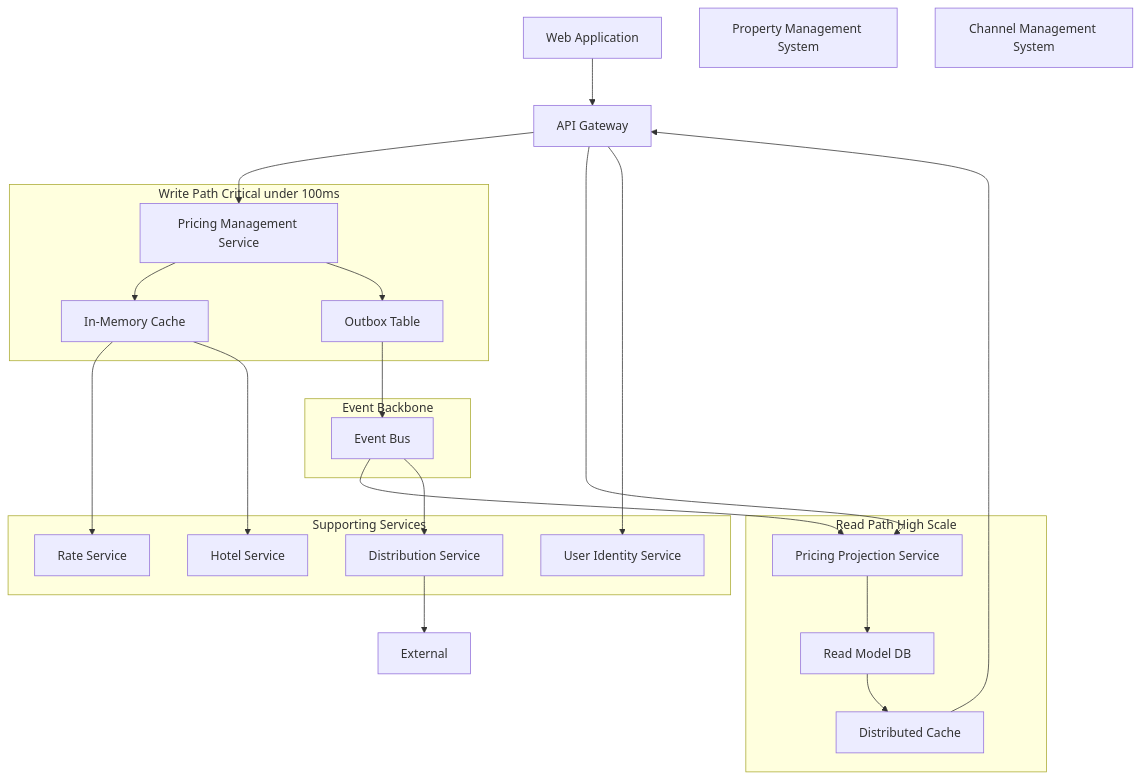
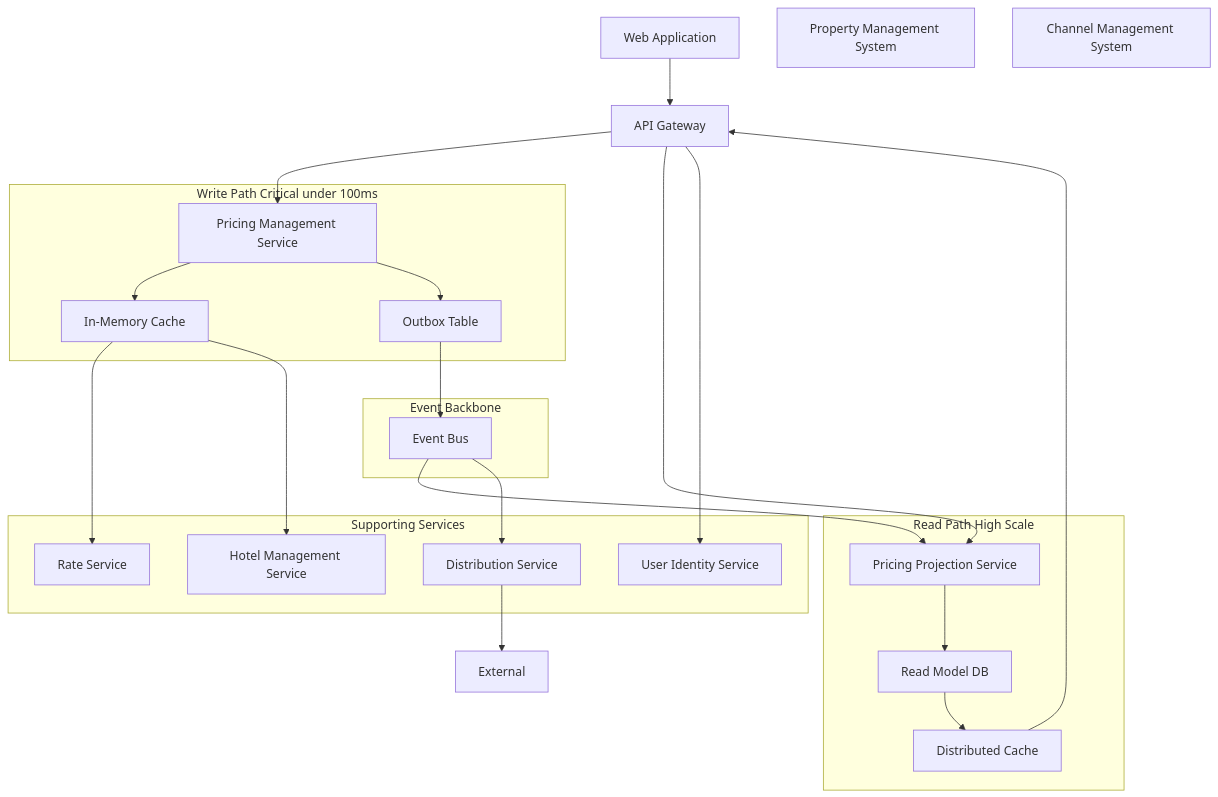
The diagram in code/data/initial/pps/HotelPricingSystem.mmd (kfijalkowski1/PBAD), drawn with Mermaid before and after one commit.

Commit message:
Naming unification 2

```diff
--- a/code/data/initial/pps/HotelPricingSystem.mmd
+++ b/code/data/initial/pps/HotelPricingSystem.mmd
@@ -1,59 +1,59 @@
 flowchart TD
 
     User[Web Application]
     APIGW[API Gateway]
 
     subgraph Write Path Critical under 100ms
         CmdSvc[Pricing Management Service]
         Cache[In-Memory Cache]
         Outbox[Outbox Table]
     end
 
     subgraph Event Backbone
         EventBus[Event Bus]
     end
 
     subgraph Read Path High Scale
         ProjSvc[Pricing Projection Service]
         QueryDB[Read Model DB]
         CacheLayer[Distributed Cache]
     end
 
     subgraph Supporting Services
         RateSvc[Rate Service]
-        HotelSvc[Hotel Service]
+        HotelSvc[Hotel Management Service]
         IdentitySvc[User Identity Service]
         DistSvc[Distribution Service]
     end
 
     ExternalCMS[Property Management System]
     ExternalPMS[Channel Management System]
 
     %% User flow
     User --> APIGW
     APIGW --> CmdSvc
     APIGW --> ProjSvc
 
     %% Security
     APIGW --> IdentitySvc
 
     %% Write path optimization
     CmdSvc --> Cache
     Cache --> RateSvc
     Cache --> HotelSvc
 
     %% Event publishing
     CmdSvc --> Outbox
     Outbox --> EventBus
 
     %% Event consumption
     EventBus --> ProjSvc
     EventBus --> DistSvc
 
     %% Read path
     ProjSvc --> QueryDB
     QueryDB --> CacheLayer
     CacheLayer --> APIGW
 
     %% External integration
     DistSvc --> External
```
